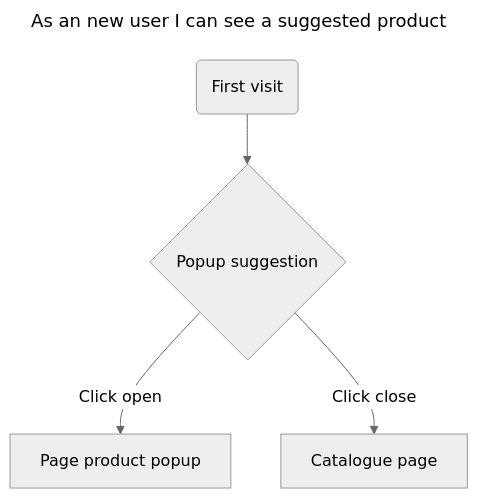
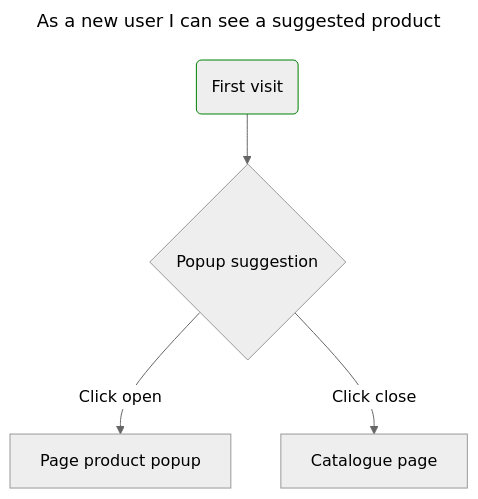
Before and after one commit to charlyol/ECommerce-SCHA: the fifth of 7 diagrams in doc/featuresDiagrams.md, drawn with Mermaid (neutral theme). The commit also changed other lines of this file, not shown here.

Commit message:
colors on features diagrams

````diff
--- a/doc/featuresDiagrams.md
+++ b/doc/featuresDiagrams.md
@@ -134,14 +94,16 @@
 ```mermaid
 ---
-title : As an new user I can see a suggested product
+title : As a new user I can see a suggested product
 ---
 flowchart TB
 
 FV(First visit)
 PS{Popup suggestion}
 PPP[Page product popup]
 CP[Catalogue page]
 	FV --> PS
 	PS -- Click open --> PPP
 	PS -- Click close --> CP
+style FV stroke:green
+
 ```
````
